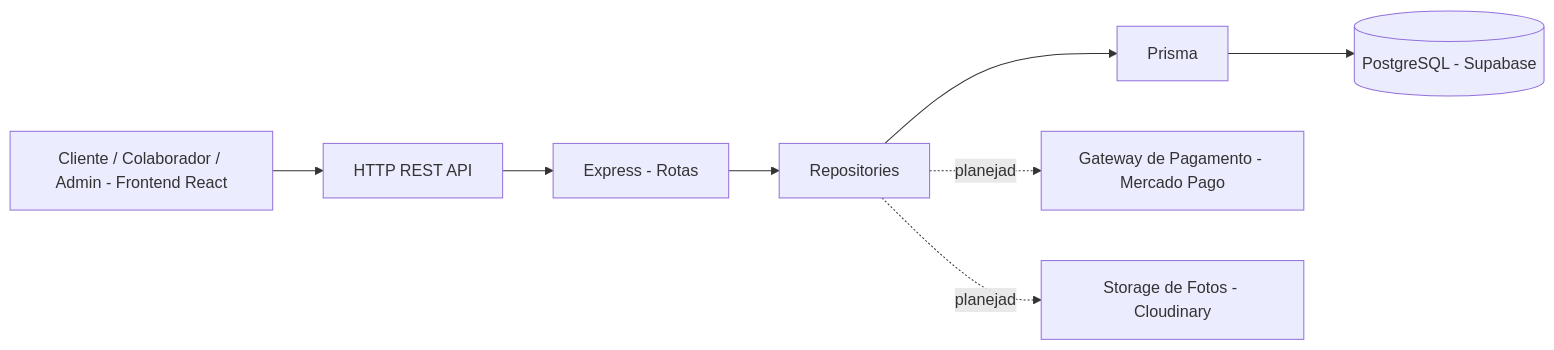
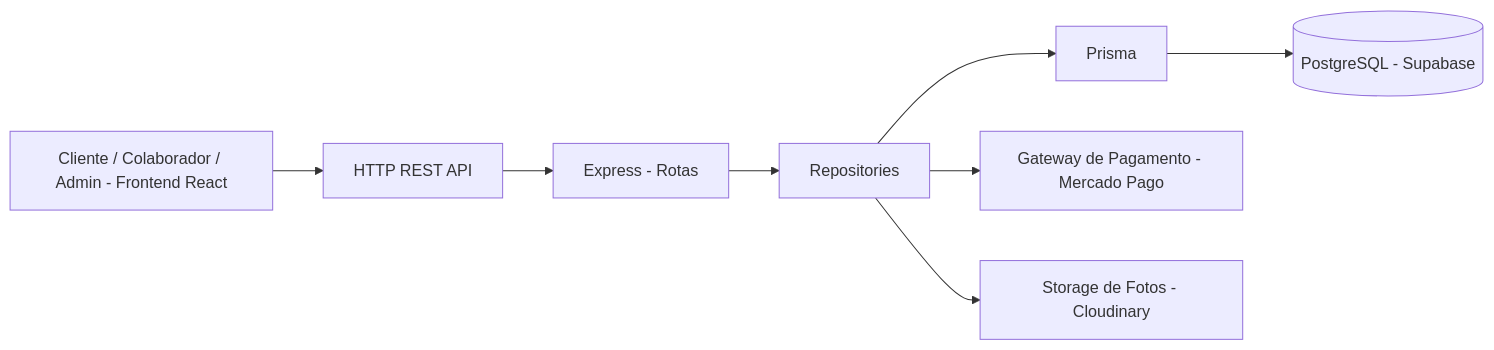
One commit to Jaqueline-BCO-97/Gestao-de-Obras changed the first of 3 diagrams in README.md. Above: the diagram before and after it, drawn with Mermaid. The commit also changed other lines of this file and 18 other files, not shown here.

````diff
--- a/README.md
+++ b/README.md
@@ -143,10 +134,10 @@
 ```mermaid
 flowchart LR
     A[Cliente / Colaborador / Admin - Frontend React] --> B[HTTP REST API]
     B --> C[Express - Rotas]
     C --> D[Repositories]
     D --> E[Prisma]
     E --> F[(PostgreSQL - Supabase)]
-    D -.planejado.-> G[Gateway de Pagamento - Mercado Pago]
-    D -.planejado.-> H[Storage de Fotos - Cloudinary]
+    D --> G[Gateway de Pagamento - Mercado Pago]
+    D --> H[Storage de Fotos - Cloudinary]
 ```
````
